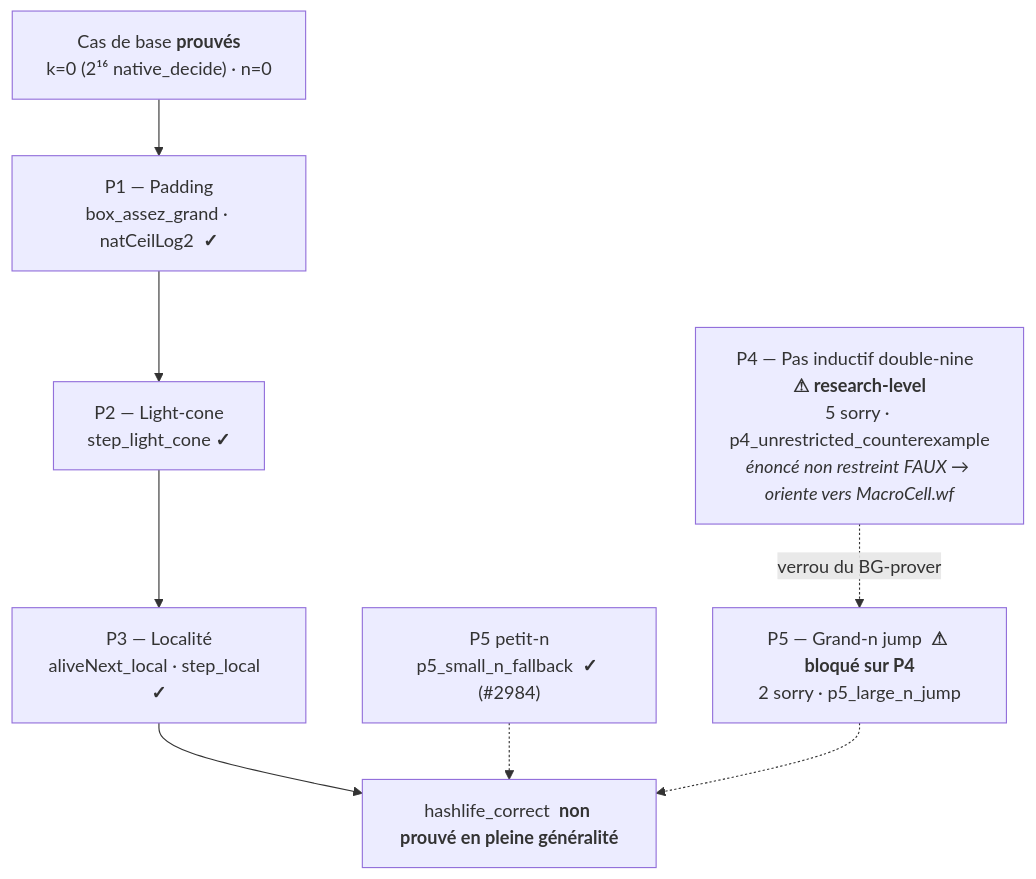
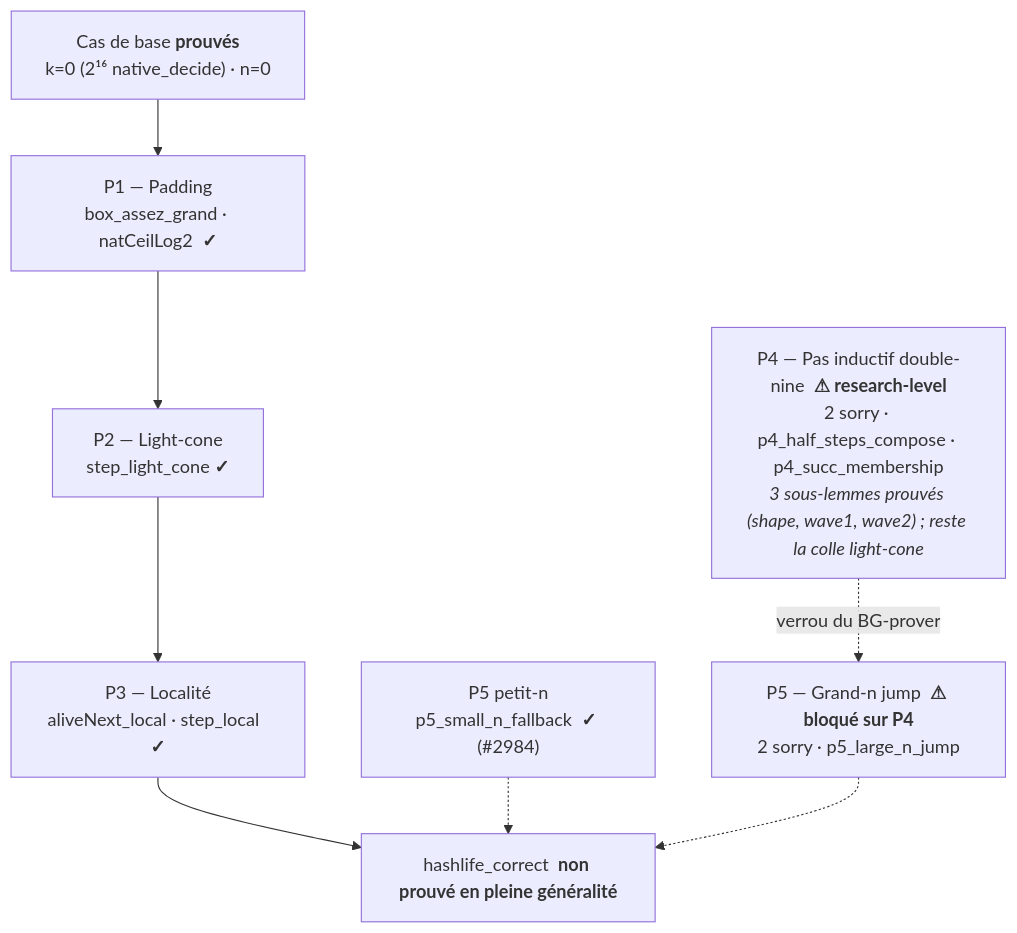
One commit to jsboige/CoursIA changed the second of 2 diagrams in MyIA.AI.Notebooks/SymbolicAI/Lean/conway_lean/README.md. Above: the diagram before and after it, drawn with Mermaid. The commit also changed other lines of this file and 1 other file, not shown here.

First line of the commit message:
docs(lean): conway_lean README — corrige statut formel HashlifeCorrectness (sorry 7->4)

````diff
--- a/MyIA.AI.Notebooks/SymbolicAI/Lean/conway_lean/README.md
+++ b/MyIA.AI.Notebooks/SymbolicAI/Lean/conway_lean/README.md
@@ -142,15 +146,15 @@
 ```mermaid
 flowchart TD
     BASE["Cas de base  <b>prouvés</b><br/>k=0 (2¹⁶ native_decide) · n=0"]
     P1["P1 — Padding<br/>box_assez_grand · natCeilLog2  <b>✓</b>"]
     P2["P2 — Light-cone<br/>step_light_cone  <b>✓</b>"]
     P3["P3 — Localité<br/>aliveNext_local · step_local  <b>✓</b>"]
     P5S["P5 petit-n<br/>p5_small_n_fallback  <b>✓</b> (#2984)"]
-    P4["P4 — Pas inductif double-nine  <b>⚠ research-level</b><br/>5 sorry · p4_unrestricted_counterexample<br/><i>énoncé non restreint FAUX → oriente vers MacroCell.wf</i>"]
+    P4["P4 — Pas inductif double-nine  <b>⚠ research-level</b><br/>2 sorry · p4_half_steps_compose · p4_succ_membership<br/><i>3 sous-lemmes prouvés (shape, wave1, wave2) ; reste la colle light-cone</i>"]
     P5["P5 — Grand-n jump  <b>⚠ bloqué sur P4</b><br/>2 sorry · p5_large_n_jump"]
     GOAL["hashlife_correct  <b>non prouvé en pleine généralité</b>"]
 
     BASE --> P1 --> P2 --> P3 --> GOAL
     P5S -.-> GOAL
     P4 -.->|"verrou du BG-prover"| P5 -.-> GOAL
 ```
````
